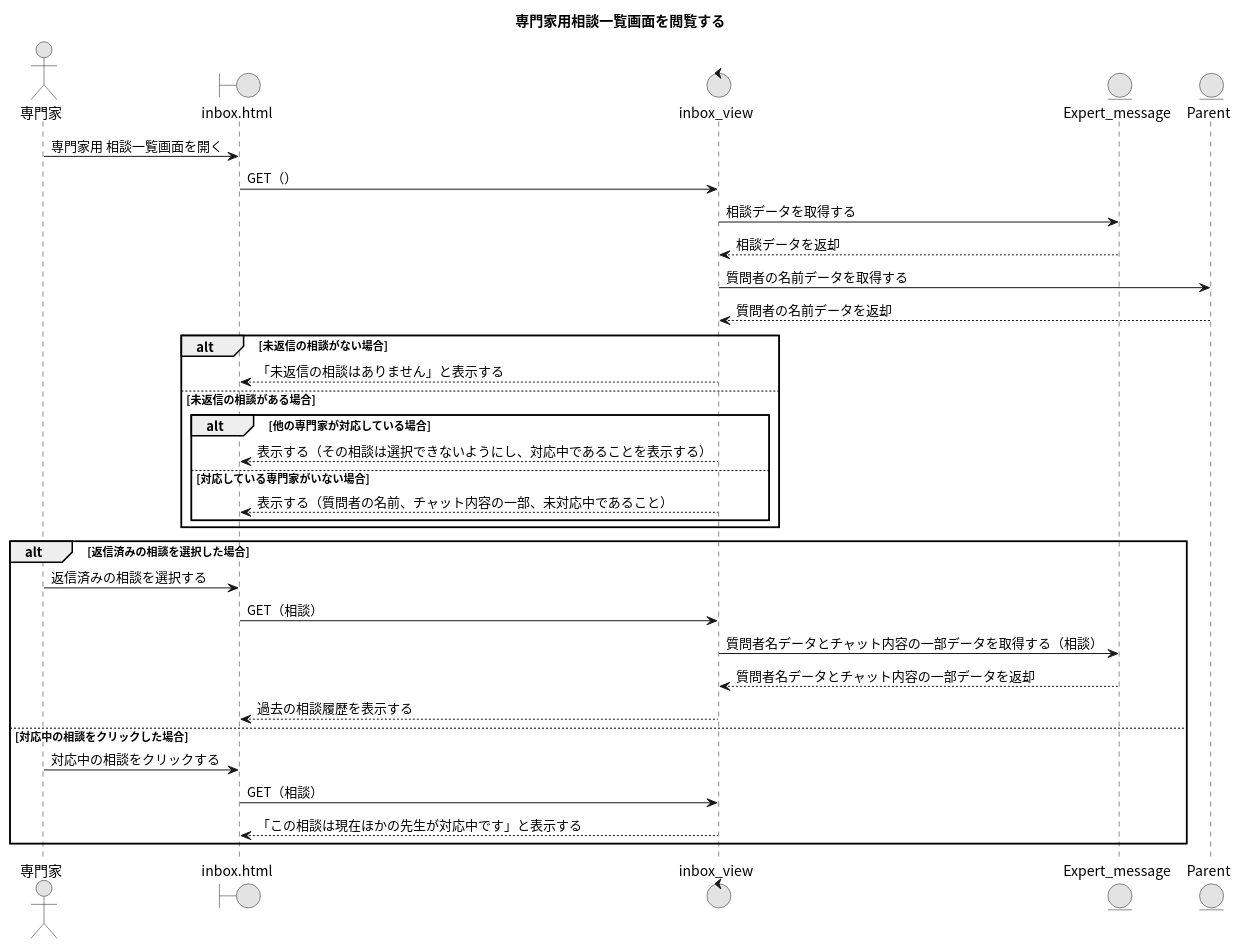
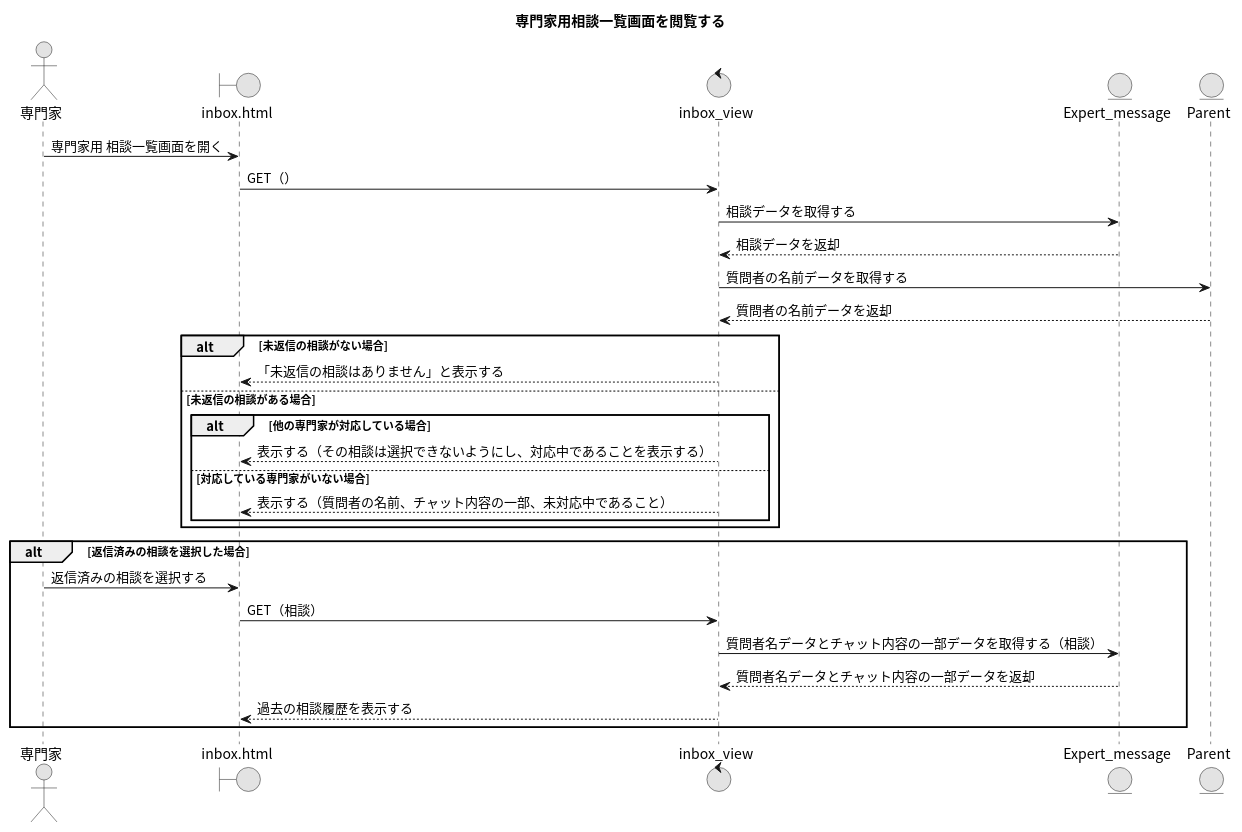
Before and after one commit to Ma2naga190330/26_sotugyou_puml: the diagram in 11_専門家用相談一覧画面を閲覧する.puml, drawn with PlantUML. The commit also changed 2 other files, not shown here.

```diff
--- a/11_専門家用相談一覧画面を閲覧する.puml
+++ b/11_専門家用相談一覧画面を閲覧する.puml
@@ -1,41 +1,37 @@
 @startuml
 title 専門家用相談一覧画面を閲覧する
 skinparam defaultFontName "Noto Sans CJK JP"
 skinparam monochrome true
 
 actor "専門家" as A
 boundary "inbox.html" as IBP
 control "inbox_view" as IBV
 entity "Expert_message" as EMEM
 ' entity "Expert_consultation" as ECSM
 entity "Parent" as UM
 
 ' 最初の画面表示（起点の操作は記述にない）
 A -> IBP : 専門家用 相談一覧画面を開く
 IBP -> IBV : GET（）
 IBV -> EMEM : 相談データを取得する
 IBV <-- EMEM : 相談データを返却
 IBV -> UM : 質問者の名前データを取得する
 IBV <-- UM : 質問者の名前データを返却
 alt 未返信の相談がない場合
   IBV --> IBP : 「未返信の相談はありません」と表示する
 else 未返信の相談がある場合
   alt 他の専門家が対応している場合
     IBV --> IBP : 表示する（その相談は選択できないようにし、対応中であることを表示する）
   else 対応している専門家がいない場合
     IBV --> IBP : 表示する（質問者の名前、チャット内容の一部、未対応中であること）
   end
 end
 
 alt 返信済みの相談を選択した場合
   A -> IBP : 返信済みの相談を選択する
   IBP -> IBV : GET（相談）
   IBV -> EMEM : 質問者名データとチャット内容の一部データを取得する（相談）
   IBV <-- EMEM : 質問者名データとチャット内容の一部データを返却
   IBV --> IBP : 過去の相談履歴を表示する
-else 対応中の相談をクリックした場合
-  A -> IBP : 対応中の相談をクリックする
-  IBP -> IBV : GET（相談）
-  IBV --> IBP : 「この相談は現在ほかの先生が対応中です」と表示する
 end
 @enduml
```
